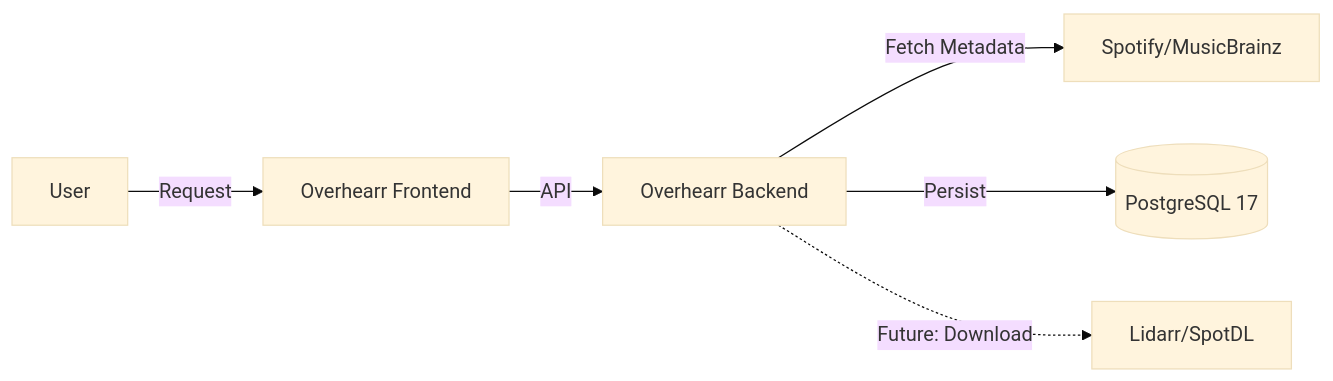
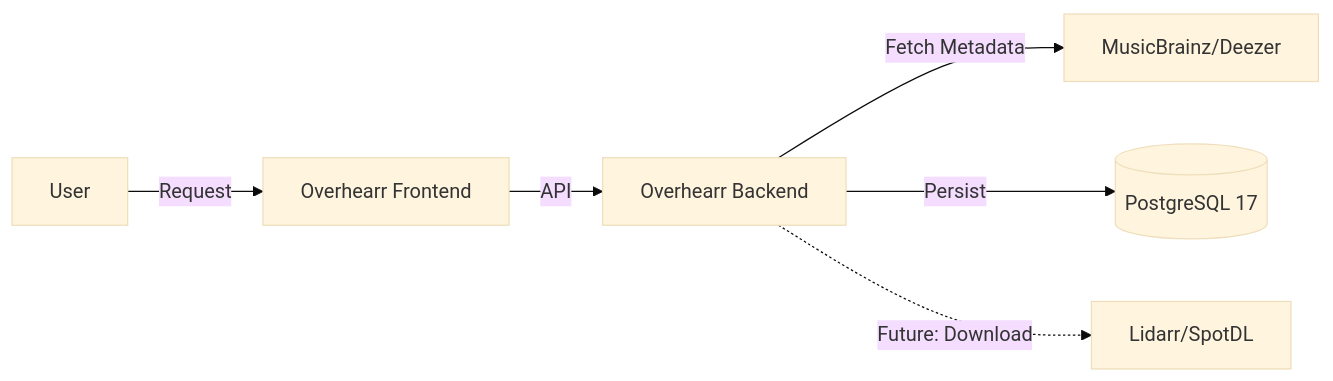
One commit to Lucasbmmn/Overhearr changed the diagram in README.md. Above: the diagram before and after it, drawn with Mermaid (base theme). The commit also changed other lines of this file and 51 other files, not shown here.

````diff
--- a/README.md
+++ b/README.md
@@ -56,8 +56,8 @@
 ```mermaid
 graph LR
     User[User] -->|Request| WebUI[Overhearr Frontend]
     WebUI -->|API| Server[Overhearr Backend]
-    Server -->|Fetch Metadata| Ext[Spotify/MusicBrainz]
+    Server -->|Fetch Metadata| Ext[MusicBrainz/Deezer]
     Server -->|Persist| DB[(PostgreSQL 17)]
     Server -.->|Future: Download| Clients[Lidarr/SpotDL]
 ```
````
